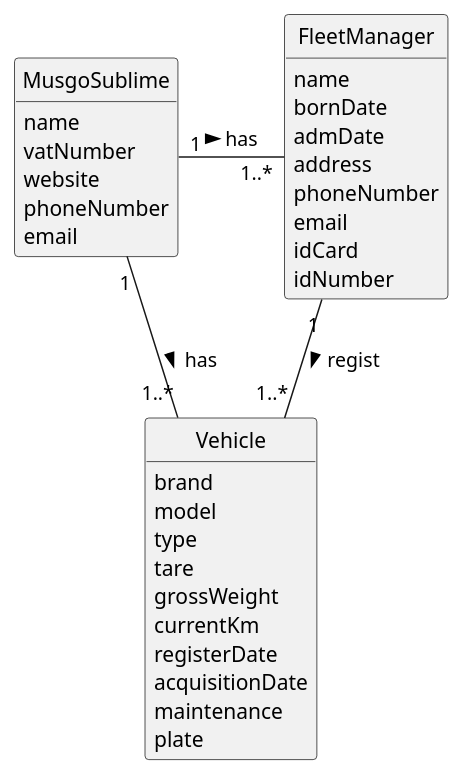
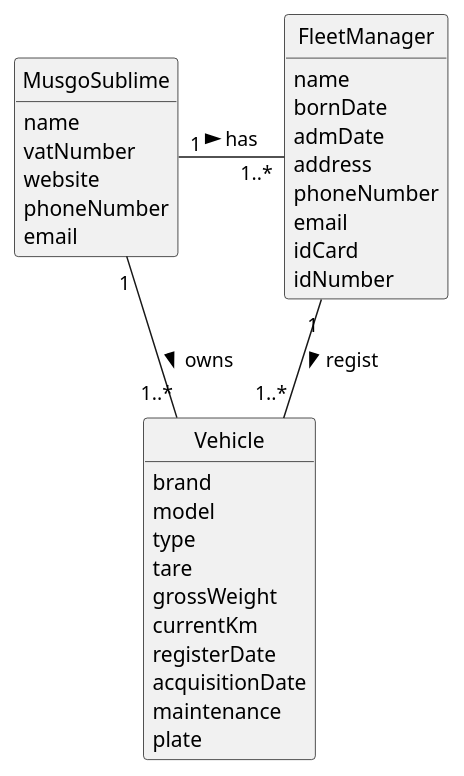
The diagram in docs/sprintA/us006/02.analysis/puml/us006-domain-model.puml (1231360-ISEP/lei-24-s2-1db-g021), drawn with PlantUML before and after one commit. The commit also changed 2 other files, not shown here.

```diff
--- a/docs/sprintA/us006/02.analysis/puml/us006-domain-model.puml
+++ b/docs/sprintA/us006/02.analysis/puml/us006-domain-model.puml
@@ -1,46 +1,46 @@
 @startuml
 skinparam monochrome true
 skinparam packageStyle rectangle
 skinparam shadowing false
 
 skinparam classAttributeIconSize 0
 
 hide circle
 hide methods
 
 class MusgoSublime {
     name
     vatNumber
     website
     phoneNumber
     email
 }
 
 class FleetManager {
     name
     bornDate
     admDate
     address
     phoneNumber
     email
     idCard
     idNumber
 }
 
 class Vehicle {
     brand
     model
     type
     tare
     grossWeight
     currentKm
     registerDate
     acquisitionDate
     maintenance
     plate
 }
 
 MusgoSublime "1" - "1..*" FleetManager: has >
 FleetManager "1" -- "1..*" Vehicle : regist >
-MusgoSublime "1" - "1..*" Vehicle: has >
+MusgoSublime "1" - "1..*" Vehicle: owns >
 @enduml
```
